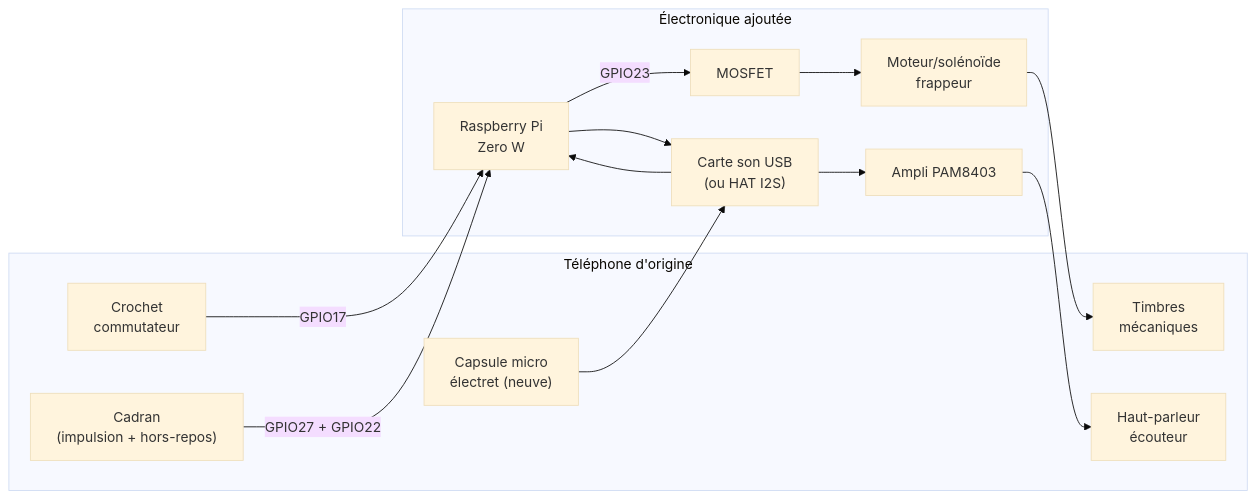
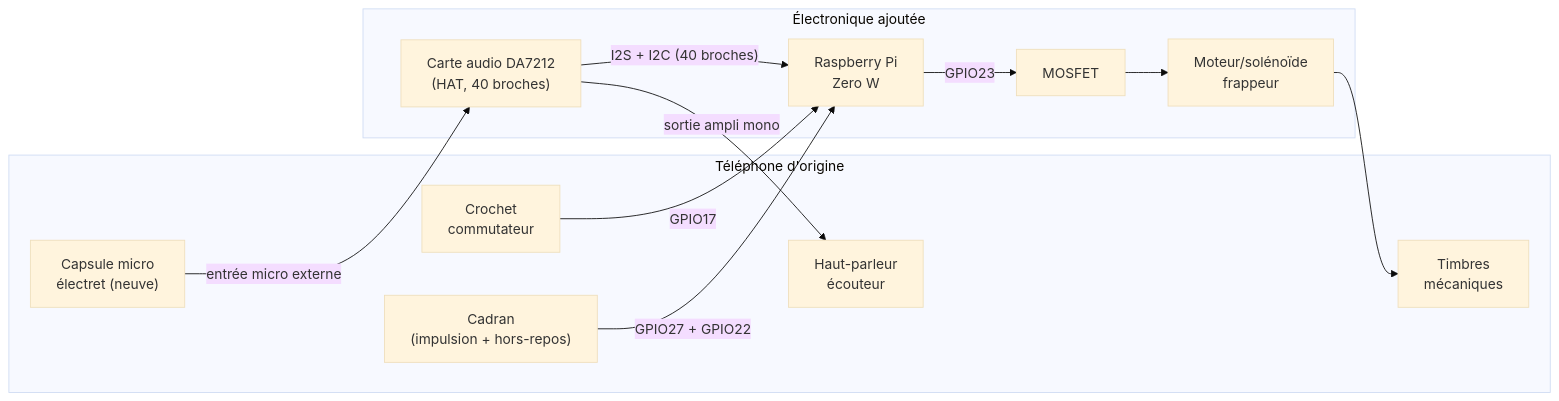
One commit to eicher31/rotary_phone changed the diagram in docs/hardware.md. Above: the diagram before and after it, drawn with Mermaid (base theme). The commit also changed other lines of this file and 3 other files, not shown here.

First line of the commit message:
Switch audio interface to Waveshare DA7212 I2S HAT

````diff
--- a/docs/hardware.md
+++ b/docs/hardware.md
@@ -67,25 +92,25 @@
 ```mermaid
 flowchart LR
     subgraph Téléphone d'origine
         Hook["Crochet\ncommutateur"]
         Dial["Cadran\n(impulsion + hors-repos)"]
         Bells["Timbres\nmécaniques"]
         Mic["Capsule micro\nélectret (neuve)"]
         Spk["Haut-parleur\nécouteur"]
     end
 
     subgraph Électronique ajoutée
         Pi["Raspberry Pi\nZero W"]
-        Snd["Carte son USB\n(ou HAT I2S)"]
-        Amp["Ampli PAM8403"]
+        DA["Carte audio DA7212\n(HAT, 40 broches)"]
         Mos["MOSFET"]
         Motor["Moteur/solénoïde\nfrappeur"]
     end
 
     Hook -- GPIO17 --> Pi
     Dial -- GPIO27 + GPIO22 --> Pi
     Pi -- GPIO23 --> Mos --> Motor --> Bells
 
-    Mic --> Snd --> Pi
-    Pi --> Snd --> Amp --> Spk
+    Mic -- "entrée micro externe" --> DA
+    DA -- "sortie ampli mono" --> Spk
+    DA -- "I2S + I2C (40 broches)" --> Pi
 ```
````
